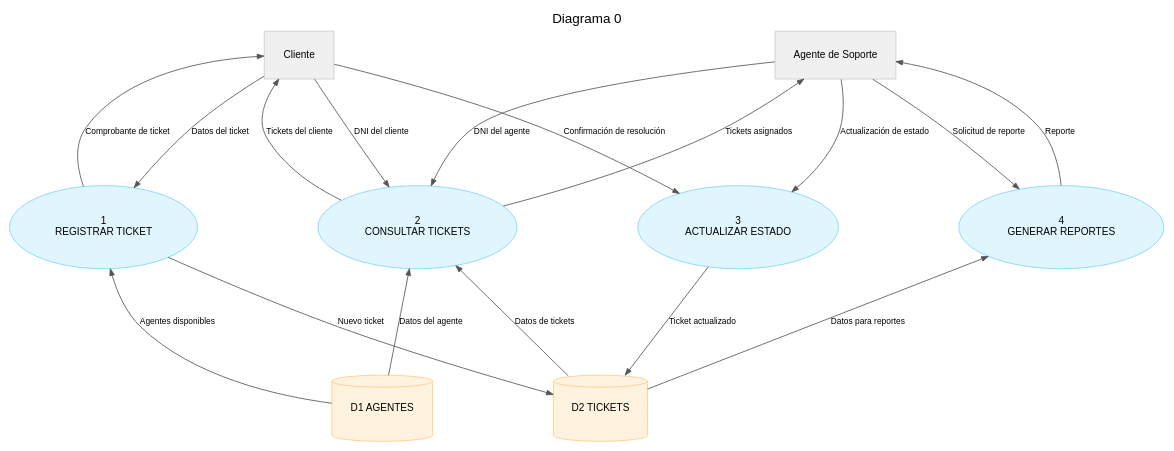
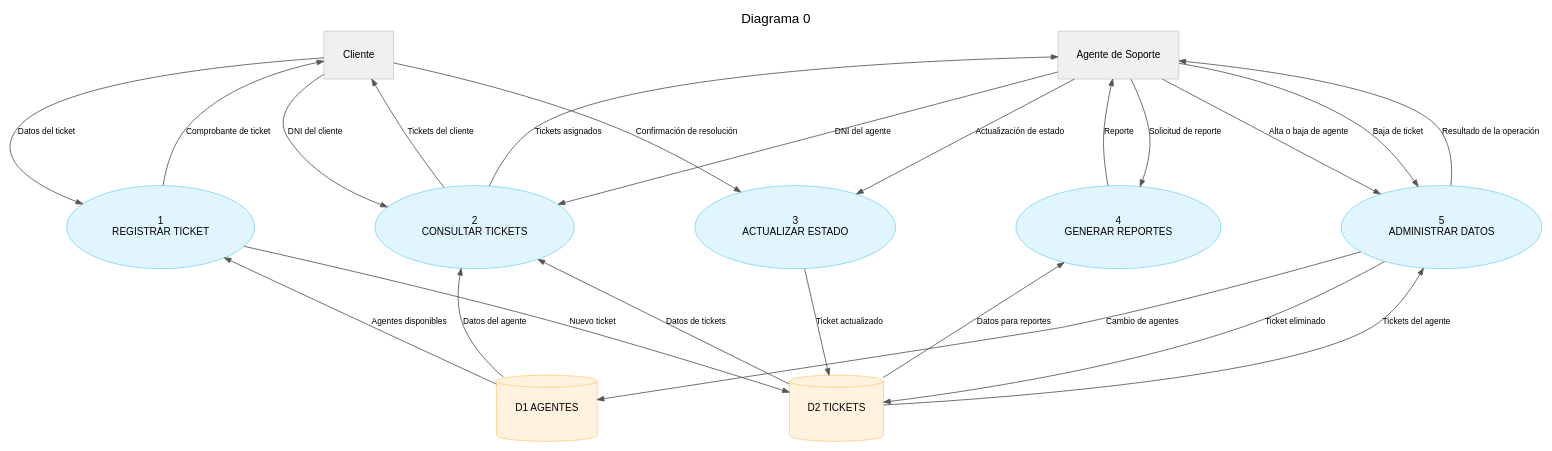
Before and after one commit to lucho-peralta/gestionTickets: the second of 2 diagrams in documentacion/12_diagrama_flujo_datos.md, drawn with Graphviz. The commit also changed other lines of this file and 29 other files, not shown here.

````diff
--- a/documentacion/12_diagrama_flujo_datos.md
+++ b/documentacion/12_diagrama_flujo_datos.md
@@ -75,68 +79,77 @@
 ```dot
 digraph Diagrama0 {
     rankdir=TB;
     splines=true;
     nodesep=1.0;
     ranksep=1.6;
     fontname="Helvetica,Arial,sans-serif";
     labelloc="t";
     label="Diagrama 0";
     fontsize=16;
 
     node [fontname="Helvetica,Arial,sans-serif", fontsize=12, margin=0.3];
     edge [fontname="Helvetica,Arial,sans-serif", fontsize=10, color="#555555", arrowsize=0.8];
 
     // Entidades externas
     {
         rank=same;
         node [shape=box, style=filled, fillcolor="#f0f0f0", color="#cccccc"];
         C [label="Cliente"];
         A [label="Agente de Soporte"];
         C -> A [style=invis];
     }
 
     // Procesos
     {
         rank=same;
         node [shape=ellipse, style=filled, fillcolor="#e1f5fe", color="#81d4fa"];
         P1 [label="1\nREGISTRAR TICKET"];
         P2 [label="2\nCONSULTAR TICKETS"];
         P3 [label="3\nACTUALIZAR ESTADO"];
         P4 [label="4\nGENERAR REPORTES"];
-        P1 -> P2 -> P3 -> P4 [style=invis];
+        P5 [label="5\nADMINISTRAR DATOS"];
+        P1 -> P2 -> P3 -> P4 -> P5 [style=invis];
     }
 
     // Almacenamientos
     {
         rank=same;
         node [shape=cylinder, style=filled, fillcolor="#fff3e0", color="#ffcc80"];
         D1 [label="D1 AGENTES"];
         D2 [label="D2 TICKETS"];
         D1 -> D2 [style=invis];
     }
 
     // 1 Registrar ticket
     C  -> P1 [label="Datos del ticket"];
     P1 -> C  [label="Comprobante de ticket"];
     D1 -> P1 [label="Agentes disponibles"];
     P1 -> D2 [label="Nuevo ticket"];
 
     // 2 Consultar tickets
     C  -> P2 [label="DNI del cliente"];
     P2 -> C  [label="Tickets del cliente"];
     A  -> P2 [label="DNI del agente"];
     P2 -> A  [label="Tickets asignados"];
     D1 -> P2 [label="Datos del agente"];
     D2 -> P2 [label="Datos de tickets"];
 
     // 3 Actualizar estado
     A  -> P3 [label="Actualización de estado"];
     C  -> P3 [label="Confirmación de resolución"];
     P3 -> D2 [label="Ticket actualizado"];
 
     // 4 Generar reportes
     A  -> P4 [label="Solicitud de reporte"];
     P4 -> A  [label="Reporte"];
     D2 -> P4 [label="Datos para reportes"];
+
+    // 5 Administrar datos
+    A  -> P5 [label="Alta o baja de agente"];
+    A  -> P5 [label="Baja de ticket"];
+    P5 -> A  [label="Resultado de la operación"];
+    D2 -> P5 [label="Tickets del agente"];
+    P5 -> D1 [label="Cambio de agentes"];
+    P5 -> D2 [label="Ticket eliminado"];
 }
 ```
````
